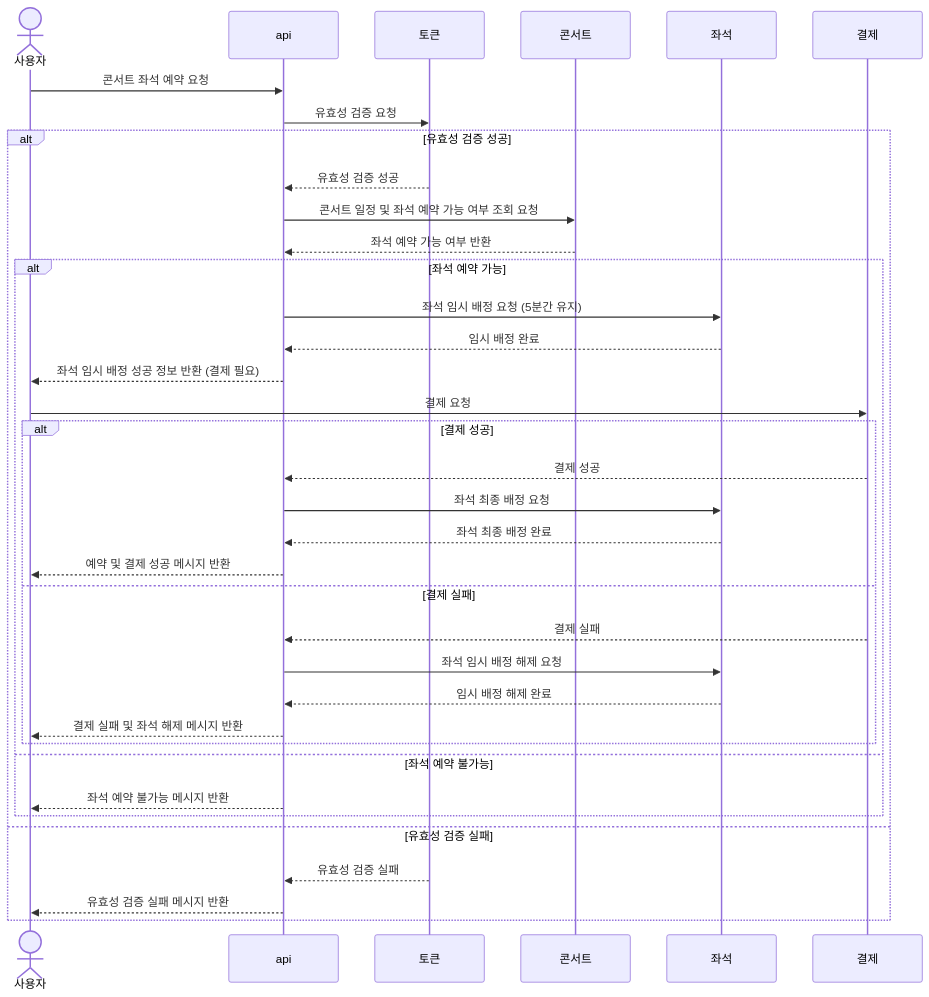
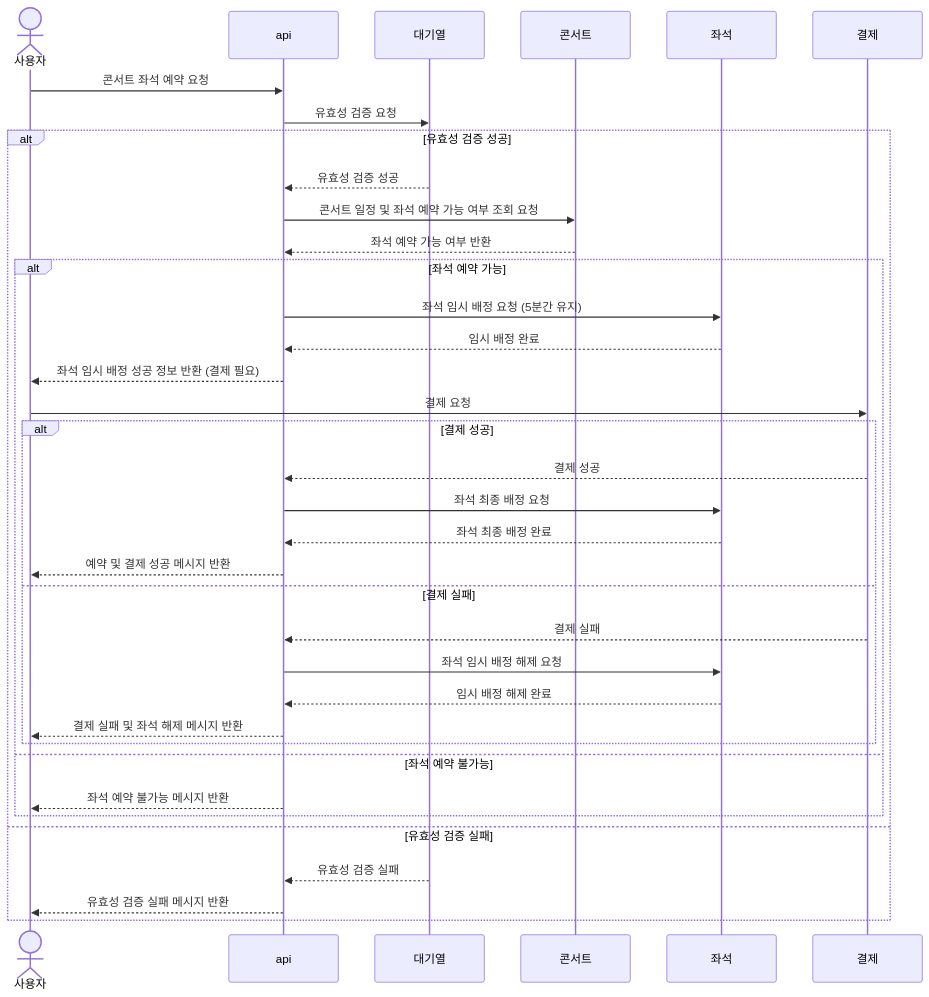
The fifth of 8 diagrams in docs/시퀀스다이어그램.md (seungwontech/hhplus-concert-week3-5), drawn with Mermaid before and after one commit. The commit also changed other lines of this file, not shown here.

Commit message:
refactor: 시퀀스 다이어그램 수정 - 토큰 노드를 대기열 노드로 통일 - 대기열번호 조회(Polling) 분리

````diff
--- a/docs/시퀀스다이어그램.md
+++ b/docs/시퀀스다이어그램.md
@@ -103,39 +108,39 @@
 ```mermaid
 sequenceDiagram
     actor 사용자
     participant api
-    participant 토큰
+    participant 대기열
     participant 콘서트
     participant 좌석
     participant 결제
 
     사용자 ->> api: 콘서트 좌석 예약 요청
-    api ->> 토큰: 유효성 검증 요청
+    api ->> 대기열: 유효성 검증 요청
     alt 유효성 검증 성공
-        토큰 -->> api: 유효성 검증 성공
+        대기열 -->> api: 유효성 검증 성공
         api ->> 콘서트: 콘서트 일정 및 좌석 예약 가능 여부 조회 요청
         콘서트 -->> api: 좌석 예약 가능 여부 반환
         alt 좌석 예약 가능
             api ->> 좌석: 좌석 임시 배정 요청 (5분간 유지)
             좌석 -->> api: 임시 배정 완료
             api -->> 사용자: 좌석 임시 배정 성공 정보 반환 (결제 필요)
             사용자 ->> 결제: 결제 요청
             alt 결제 성공
                 결제 -->> api: 결제 성공
                 api ->> 좌석: 좌석 최종 배정 요청
                 좌석 -->> api: 좌석 최종 배정 완료
                 api -->> 사용자: 예약 및 결제 성공 메시지 반환
             else 결제 실패
                 결제 -->> api: 결제 실패
                 api ->> 좌석: 좌석 임시 배정 해제 요청
                 좌석 -->> api: 임시 배정 해제 완료
                 api -->> 사용자: 결제 실패 및 좌석 해제 메시지 반환
             end
         else 좌석 예약 불가능
             api -->> 사용자: 좌석 예약 불가능 메시지 반환
         end
     else 유효성 검증 실패
-        토큰 -->> api: 유효성 검증 실패
+        대기열 -->> api: 유효성 검증 실패
         api -->> 사용자: 유효성 검증 실패 메시지 반환
     end
 ```
````
